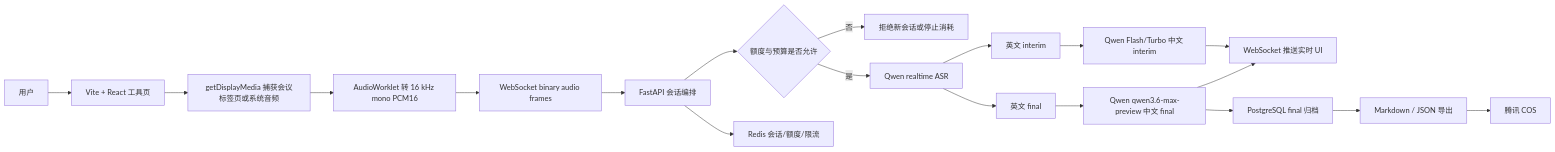
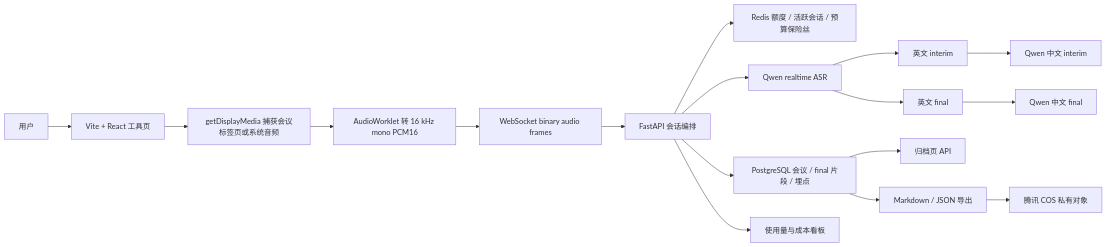
The first of 2 diagrams in meeting-prd.md (Zero-Zero001/meeting_mvp), drawn with Mermaid before and after one commit. The commit also changed other lines of this file, not shown here.

````diff
--- a/meeting-prd.md
+++ b/meeting-prd.md
@@ -80,21 +52,19 @@
 ```mermaid
 flowchart LR
   User["用户"] --> Browser["Vite + React 工具页"]
   Browser --> Capture["getDisplayMedia 捕获会议标签页或系统音频"]
   Capture --> Worklet["AudioWorklet 转 16 kHz mono PCM16"]
   Worklet --> WS["WebSocket binary audio frames"]
   WS --> Backend["FastAPI 会话编排"]
-  Backend --> Quota{"额度与预算是否允许"}
-  Quota -- "否" --> Reject["拒绝新会话或停止消耗"]
-  Quota -- "是" --> ASR["Qwen realtime ASR"]
+  Backend --> Redis["Redis 额度 / 活跃会话 / 预算保险丝"]
+  Backend --> ASR["Qwen realtime ASR"]
   ASR --> InterimEN["英文 interim"]
   ASR --> FinalEN["英文 final"]
-  InterimEN --> Qwen["Qwen Flash/Turbo 中文 interim"]
-  FinalEN --> QwenFinal["Qwen qwen3.6-max-preview 中文 final"]
-  Qwen --> Push["WebSocket 推送实时 UI"]
-  QwenFinal --> Push
-  QwenFinal --> PG["PostgreSQL final 归档"]
-  Backend --> Redis["Redis 会话/额度/限流"]
+  InterimEN --> InterimCN["Qwen 中文 interim"]
+  FinalEN --> FinalCN["Qwen 中文 final"]
+  Backend --> PG["PostgreSQL 会议 / final 片段 / 埋点"]
+  PG --> Archive["归档页 API"]
   PG --> Export["Markdown / JSON 导出"]
-  Export --> COS["腾讯 COS"]
+  Export --> COS["腾讯 COS 私有对象"]
+  Backend --> Dashboard["使用量与成本看板"]
 ```
````
